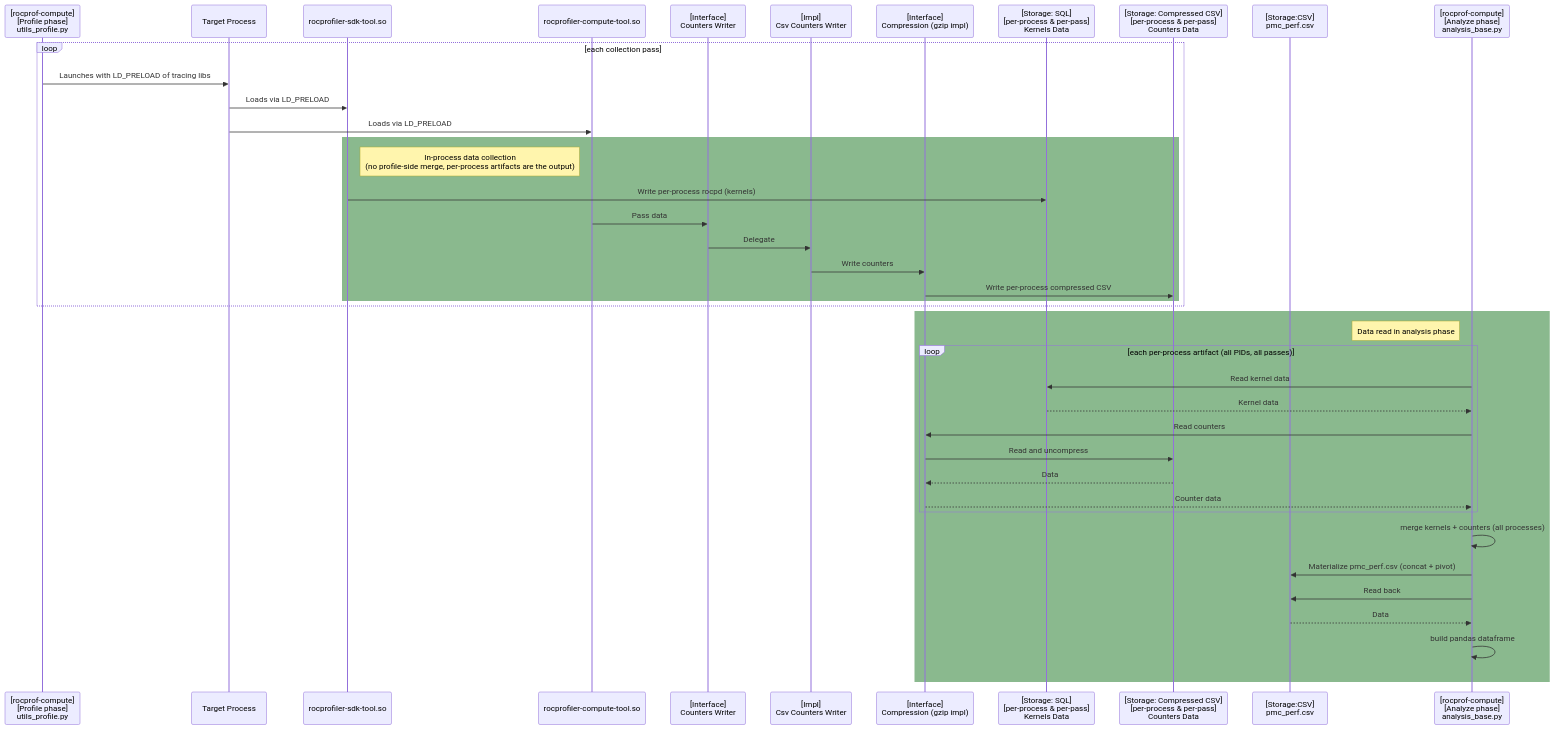
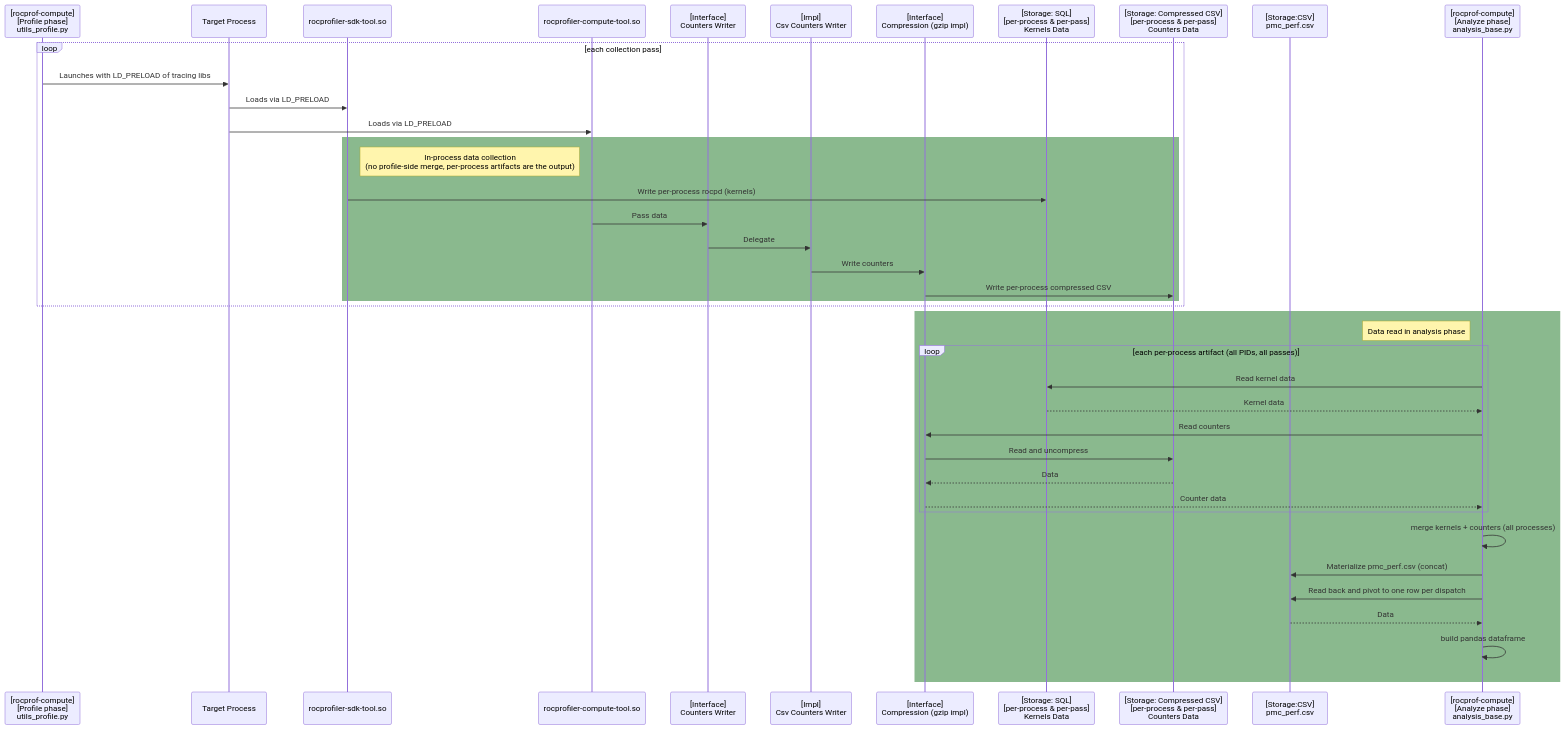
The fifth of 7 diagrams in projects/rocprofiler-compute/docs/design/profile_interface_architecture.md (ROCm/rocm-systems), drawn with Mermaid before and after one commit. The commit also changed other lines of this file and 21 other files, not shown here.

````diff
--- a/projects/rocprofiler-compute/docs/design/profile_interface_architecture.md
+++ b/projects/rocprofiler-compute/docs/design/profile_interface_architecture.md
@@ -430,45 +447,45 @@
 ```mermaid
 sequenceDiagram
     participant computeLauncher as [rocprof-compute]<br>[Profile phase]<br>utils_profile.py
     participant process as Target Process
     participant sdkTool as rocprofiler-sdk-tool.so
     participant computeTool as rocprofiler-compute-tool.so
     participant countersWriter as [Interface]<br> Counters Writer
     participant countersWriterCsv as [Impl]<br>Csv Counters Writer
     participant compression as [Interface]<br>Compression (gzip impl)
     participant sdkData as [Storage: SQL]<br>[per-process & per-pass]<br>Kernels Data
     participant countersData as [Storage: Compressed CSV]<br>[per-process & per-pass]<br>Counters Data
     participant pmcPerf as [Storage:CSV]<br>pmc_perf.csv
     participant computeAnalyze as [rocprof-compute]<br>[Analyze phase]<br>analysis_base.py
 
     loop each collection pass
         computeLauncher->>process: Launches with LD_PRELOAD of tracing libs
         process->>sdkTool: Loads via LD_PRELOAD
         process->>computeTool: Loads via LD_PRELOAD
 
         rect rgb(138, 185, 142)
         note right of sdkTool: In-process data collection<br>(no profile-side merge, per-process artifacts are the output)
             sdkTool->>sdkData: Write per-process rocpd (kernels)
             computeTool->>countersWriter: Pass data
             countersWriter->>countersWriterCsv: Delegate
             countersWriterCsv->>compression: Write counters
             compression->>countersData: Write per-process compressed CSV
         end
     end
     rect rgb(138, 185, 142)
     note left of computeAnalyze: Data read in analysis phase
         loop each per-process artifact (all PIDs, all passes)
             computeAnalyze->>sdkData: Read kernel data
             sdkData-->>computeAnalyze: Kernel data
             computeAnalyze->>compression: Read counters
             compression->>countersData: Read and uncompress
             countersData-->>compression: Data
             compression-->>computeAnalyze: Counter data
         end
         computeAnalyze->>computeAnalyze: merge kernels + counters (all processes)
-        computeAnalyze->>pmcPerf: Materialize pmc_perf.csv (concat + pivot)
-        computeAnalyze->>pmcPerf: Read back
+        computeAnalyze->>pmcPerf: Materialize pmc_perf.csv (concat)
+        computeAnalyze->>pmcPerf: Read back and pivot to one row per dispatch
         pmcPerf-->>computeAnalyze: Data
         computeAnalyze->>computeAnalyze: build pandas dataframe
     end
 ```
````
